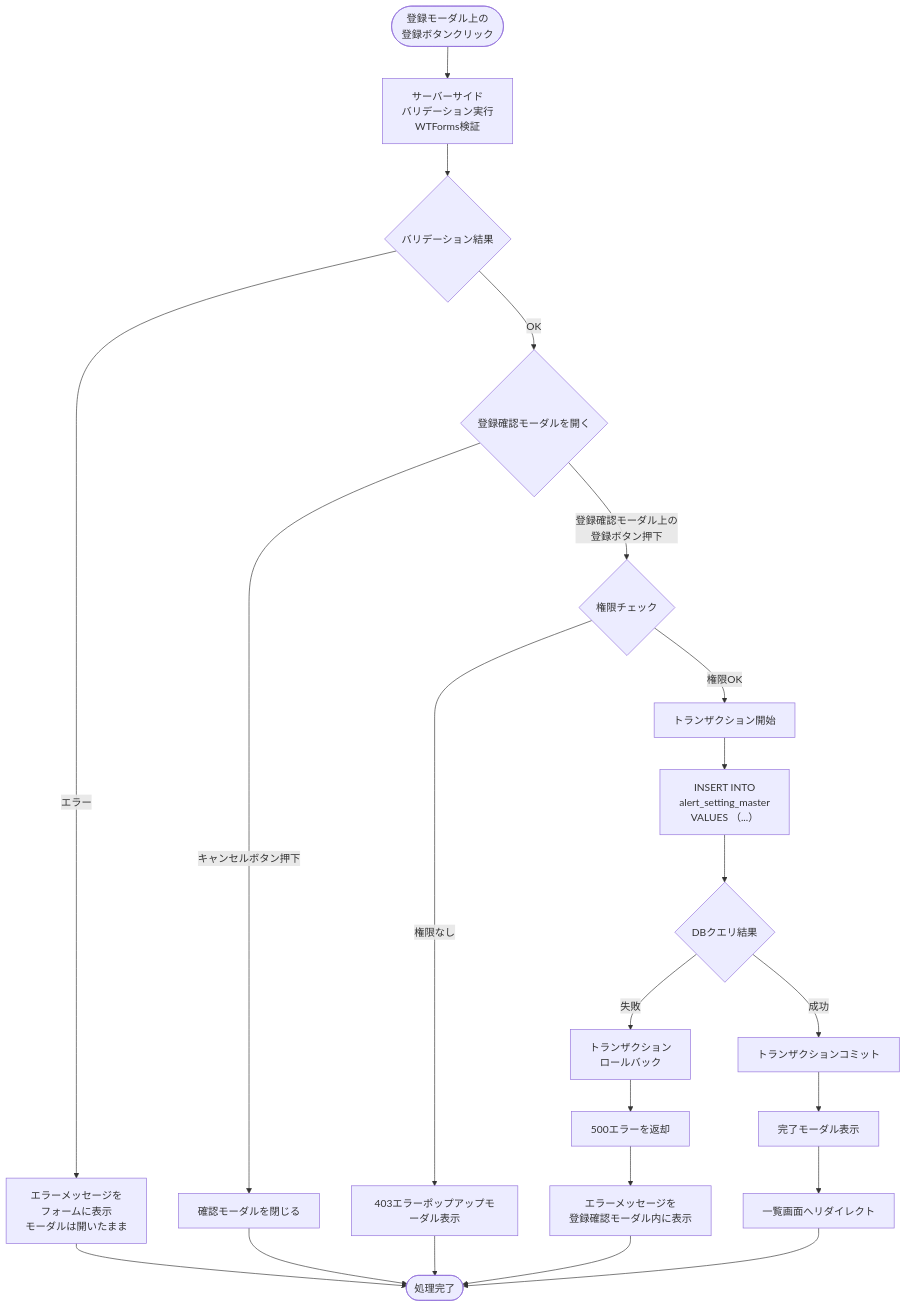
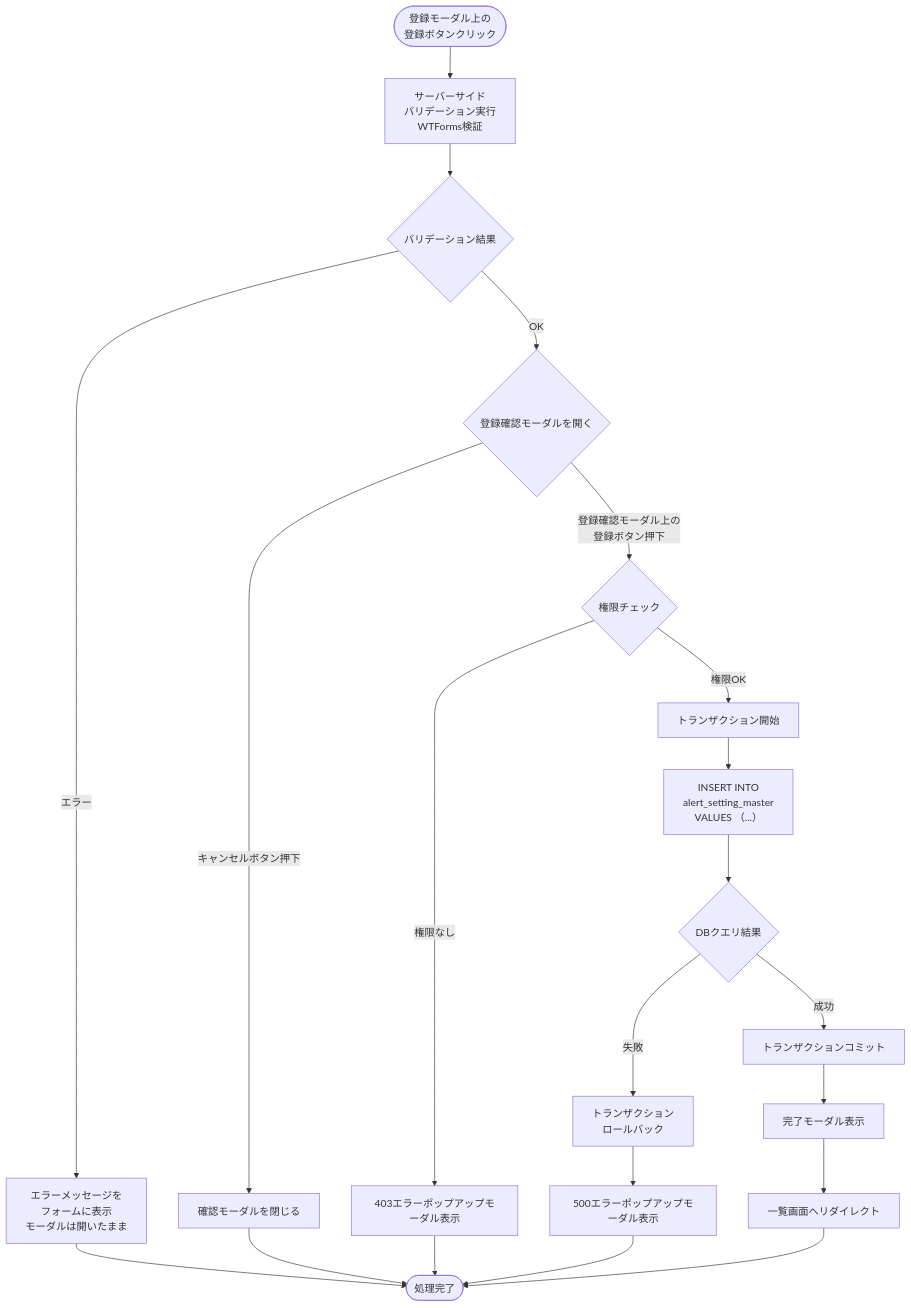
Before and after one commit to NSW-SVCP-AIWG002/Databricks-IoT: the fourth of 9 diagrams in docs/03-features/flask-app/alert-settings/workflow-specification.md, drawn with Mermaid. The commit also changed other lines of this file and 1 other file, not shown here.

Commit message:
Update alert settings documentation
- README.md
- ui-specification.md
- workflow-specification.md

````diff
--- a/docs/03-features/flask-app/alert-settings/workflow-specification.md
+++ b/docs/03-features/flask-app/alert-settings/workflow-specification.md
@@ -432,31 +431,30 @@
 ```mermaid
 flowchart TD
     Start([登録モーダル上の<br>登録ボタンクリック]) --> Validate[サーバーサイド<br>バリデーション実行<br>WTForms検証]
     Validate --> ValidCheck{バリデーション結果}
 
     ValidCheck --> |エラー| ValidError[エラーメッセージを<br>フォームに表示<br>モーダルは開いたまま]
     ValidError  --> End
 
     ValidCheck --> |OK| ConfirmModal{登録確認モーダルを開く}
 
     ConfirmModal --> |キャンセルボタン押下| CloseModal[確認モーダルを閉じる]
     CloseModal --> End
 
     ConfirmModal --> |登録確認モーダル上の<br>登録ボタン押下| CheckAuth{権限チェック}
     CheckAuth --> |権限なし|Error403[403エラーポップアップモーダル表示]
     Error403 --> End
 
     CheckAuth --> |権限OK| TxStart[トランザクション開始]
     TxStart --> Insert[INSERT INTO<br> alert_setting_master<br>VALUES （...）]
     Insert --> CheckDB{DBクエリ結果}
     
     CheckDB --> |失敗| Rollback[トランザクション<br>ロールバック]
-    Rollback --> API[500エラーを返却]
-    API --> ErrorMsg[エラーメッセージを<br>登録確認モーダル内に表示]
+    Rollback --> ErrorMsg[500エラーポップアップモーダル表示]
     ErrorMsg --> End
 
     CheckDB --> |成功| Commit[トランザクションコミット]
     Commit --> SuccessMsg[完了モーダル表示]
     SuccessMsg --> Redirect[一覧画面へリダイレクト]
     Redirect --> End([処理完了])
 ```
````
